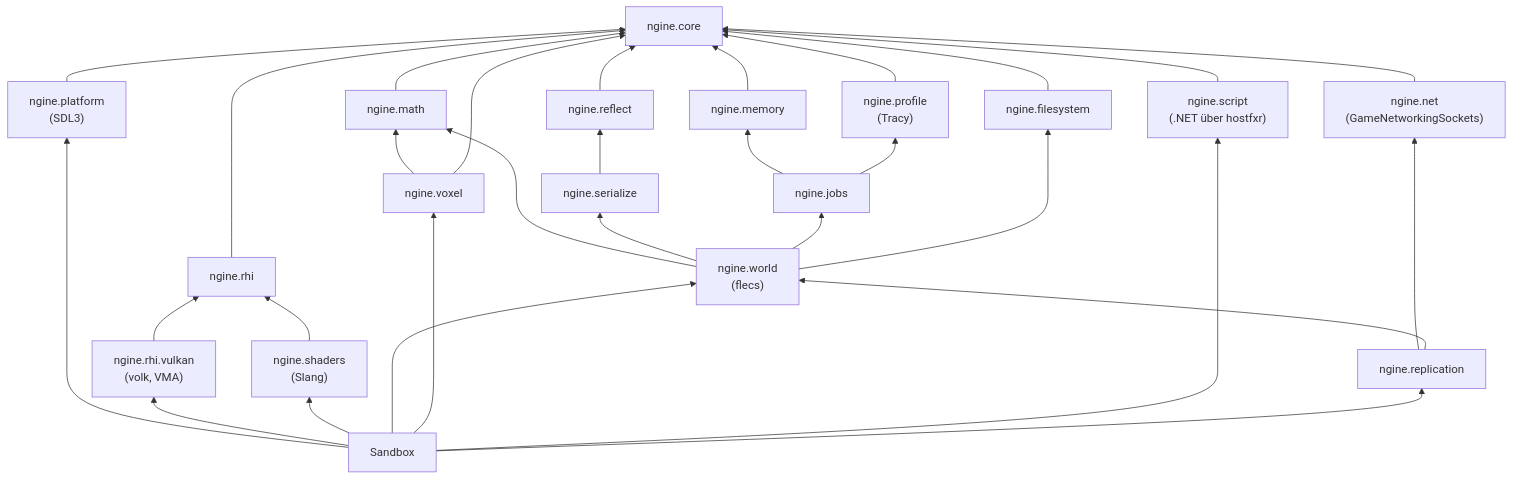
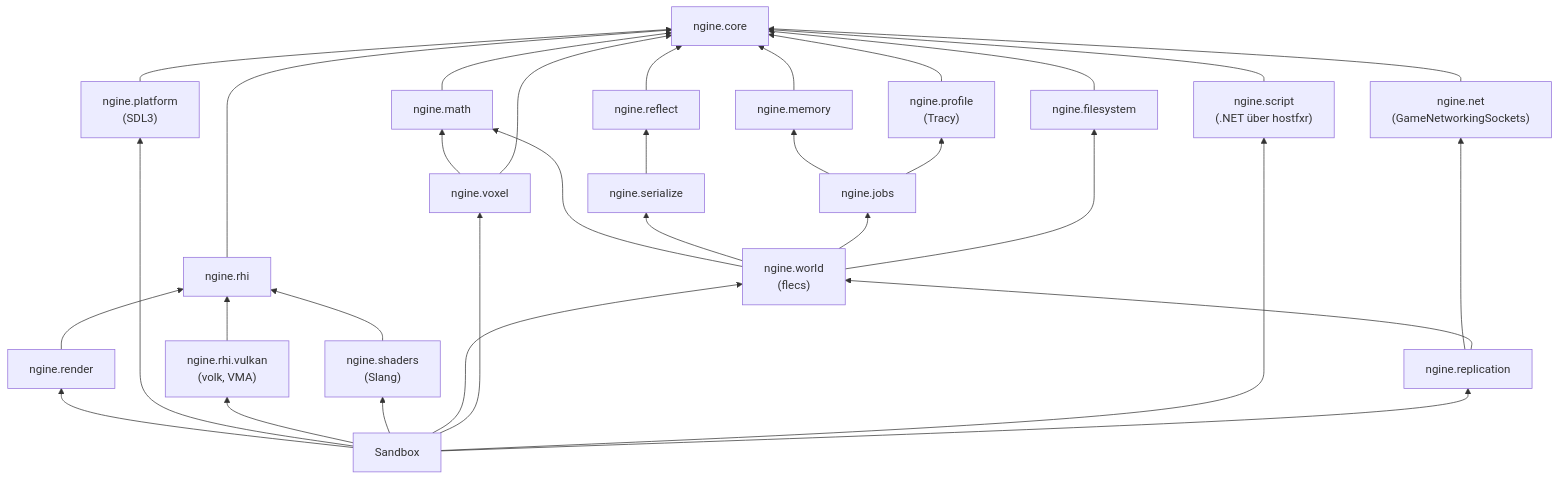
Before and after one commit to viiez/ngine: the second of 11 diagrams in docs/architecture.md, drawn with Mermaid. The commit also changed other lines of this file and 44 other files, not shown here.

````diff
--- a/docs/architecture.md
+++ b/docs/architecture.md
@@ -48,50 +49,53 @@
 ```mermaid
 flowchart BT
     core["ngine.core"]
     memory["ngine.memory"]
     jobs["ngine.jobs"]
     profile["ngine.profile<br/>(Tracy)"]
     platform["ngine.platform<br/>(SDL3)"]
     rhi["ngine.rhi"]
     vulkan["ngine.rhi.vulkan<br/>(volk, VMA)"]
     shaders["ngine.shaders<br/>(Slang)"]
     fs["ngine.filesystem"]
     reflect["ngine.reflect"]
     serialize["ngine.serialize"]
     world["ngine.world<br/>(flecs)"]
     voxel["ngine.voxel"]
     script["ngine.script<br/>(.NET über hostfxr)"]
     net["ngine.net<br/>(GameNetworkingSockets)"]
     replication["ngine.replication"]
     sandbox["Sandbox"]
     math["ngine.math"]
+    render["ngine.render"]
     math --> core
     world --> math
     voxel --> math
     fs --> core
     reflect --> core
     serialize --> reflect
     world --> serialize
     world --> jobs
     world --> fs
     memory --> core
     jobs --> memory
     jobs --> profile
     profile --> core
     platform --> core
     rhi --> core
     vulkan --> rhi
     shaders --> rhi
+    render --> rhi
+    sandbox --> render
     sandbox --> platform
     sandbox --> vulkan
     sandbox --> shaders
     sandbox --> world
     voxel --> core
     sandbox --> voxel
     script --> core
     sandbox --> script
     net --> core
     replication --> net
     replication --> world
     sandbox --> replication
 ```
````
